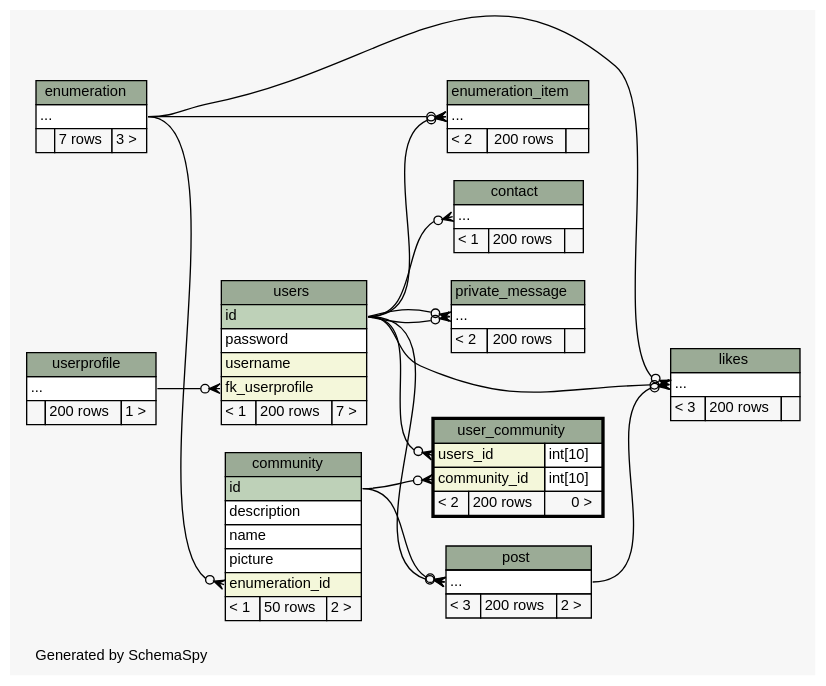
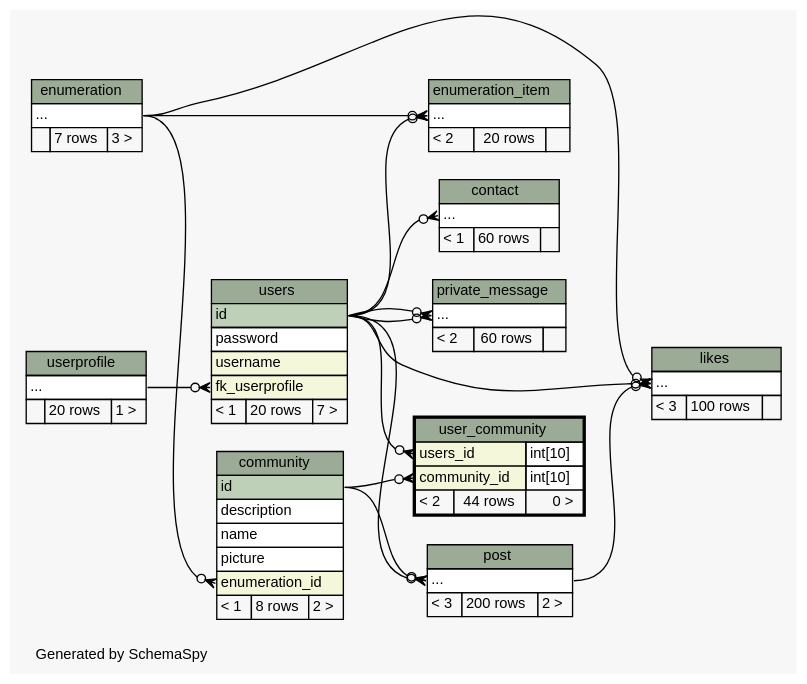
One commit to chr-krenn/chr-krenn-fhj-ws2017-sd17-pse changed the diagram in doc/db_schema/diagrams/user_community.2degrees.dot. Above: the diagram before and after it, drawn with Graphviz. The commit also changed 65 other files, not shown here.

```diff
--- a/doc/db_schema/diagrams/user_community.2degrees.dot
+++ b/doc/db_schema/diagrams/user_community.2degrees.dot
@@ -1,144 +1,144 @@
 // dot 2.40.1 on Linux 4.12.5-300.fc26.x86_64
 // SchemaSpy rev 590
 digraph "twoDegreesRelationshipsDiagram" {
   graph [
     rankdir="RL"
     bgcolor="#f7f7f7"
     label="\nGenerated by SchemaSpy"
     labeljust="l"
     nodesep="0.18"
     ranksep="0.46"
     fontname="Helvetica"
     fontsize="11"
   ];
   node [
     fontname="Helvetica"
     fontsize="11"
     shape="plaintext"
   ];
   edge [
     arrowsize="0.8"
   ];
   "community":"enumeration_id":w -> "enumeration":"elipses":e [arrowhead=none dir=back arrowtail=crowodot];
   "contact":"elipses":w -> "users":"id":e [arrowhead=none dir=back arrowtail=crowodot];
   "enumeration_item":"elipses":w -> "enumeration":"elipses":e [arrowhead=none dir=back arrowtail=crowodot];
   "enumeration_item":"elipses":w -> "users":"id":e [arrowhead=none dir=back arrowtail=crowodot];
   "likes":"elipses":w -> "enumeration":"elipses":e [arrowhead=none dir=back arrowtail=crowodot];
   "likes":"elipses":w -> "post":"elipses":e [arrowhead=none dir=back arrowtail=crowodot];
   "likes":"elipses":w -> "users":"id":e [arrowhead=none dir=back arrowtail=crowodot];
   "post":"elipses":w -> "community":"id":e [arrowhead=none dir=back arrowtail=crowodot];
   "post":"elipses":w -> "users":"id":e [arrowhead=none dir=back arrowtail=crowodot];
   "private_message":"elipses":w -> "users":"id":e [arrowhead=none dir=back arrowtail=crowodot];
   "private_message":"elipses":w -> "users":"id":e [arrowhead=none dir=back arrowtail=crowodot];
   "user_community":"community_id":w -> "community":"id":e [arrowhead=none dir=back arrowtail=crowodot];
   "user_community":"users_id":w -> "users":"id":e [arrowhead=none dir=back arrowtail=crowodot];
   "users":"fk_userprofile":w -> "userprofile":"elipses":e [arrowhead=none dir=back arrowtail=crowodot];
   "community" [
     label=<
     <TABLE BORDER="0" CELLBORDER="1" CELLSPACING="0" BGCOLOR="#ffffff">
       <TR><TD COLSPAN="3" BGCOLOR="#9bab96" ALIGN="CENTER">community</TD></TR>
       <TR><TD PORT="id" COLSPAN="3" BGCOLOR="#bed1b8" ALIGN="LEFT">id</TD></TR>
       <TR><TD PORT="description" COLSPAN="3" ALIGN="LEFT">description</TD></TR>
       <TR><TD PORT="name" COLSPAN="3" ALIGN="LEFT">name</TD></TR>
       <TR><TD PORT="picture" COLSPAN="3" ALIGN="LEFT">picture</TD></TR>
       <TR><TD PORT="enumeration_id" COLSPAN="3" BGCOLOR="#f4f7da" ALIGN="LEFT">enumeration_id</TD></TR>
-      <TR><TD ALIGN="LEFT" BGCOLOR="#f7f7f7">&lt; 1</TD><TD ALIGN="RIGHT" BGCOLOR="#f7f7f7">50 rows</TD><TD ALIGN="RIGHT" BGCOLOR="#f7f7f7">2 &gt;</TD></TR>
+      <TR><TD ALIGN="LEFT" BGCOLOR="#f7f7f7">&lt; 1</TD><TD ALIGN="RIGHT" BGCOLOR="#f7f7f7">8 rows</TD><TD ALIGN="RIGHT" BGCOLOR="#f7f7f7">2 &gt;</TD></TR>
     </TABLE>>
     URL="community.html"
     tooltip="community"
   ];
   "contact" [
     label=<
     <TABLE BORDER="0" CELLBORDER="1" CELLSPACING="0" BGCOLOR="#ffffff">
       <TR><TD COLSPAN="3" BGCOLOR="#9bab96" ALIGN="CENTER">contact</TD></TR>
       <TR><TD PORT="elipses" COLSPAN="3" ALIGN="LEFT">...</TD></TR>
-      <TR><TD ALIGN="LEFT" BGCOLOR="#f7f7f7">&lt; 1</TD><TD ALIGN="RIGHT" BGCOLOR="#f7f7f7">200 rows</TD><TD ALIGN="RIGHT" BGCOLOR="#f7f7f7">  </TD></TR>
+      <TR><TD ALIGN="LEFT" BGCOLOR="#f7f7f7">&lt; 1</TD><TD ALIGN="RIGHT" BGCOLOR="#f7f7f7">60 rows</TD><TD ALIGN="RIGHT" BGCOLOR="#f7f7f7">  </TD></TR>
     </TABLE>>
     URL="contact.html"
     tooltip="contact"
   ];
   "enumeration" [
     label=<
     <TABLE BORDER="0" CELLBORDER="1" CELLSPACING="0" BGCOLOR="#ffffff">
       <TR><TD COLSPAN="3" BGCOLOR="#9bab96" ALIGN="CENTER">enumeration</TD></TR>
       <TR><TD PORT="elipses" COLSPAN="3" ALIGN="LEFT">...</TD></TR>
       <TR><TD ALIGN="LEFT" BGCOLOR="#f7f7f7">  </TD><TD ALIGN="RIGHT" BGCOLOR="#f7f7f7">7 rows</TD><TD ALIGN="RIGHT" BGCOLOR="#f7f7f7">3 &gt;</TD></TR>
     </TABLE>>
     URL="enumeration.html"
     tooltip="enumeration"
   ];
   "enumeration_item" [
     label=<
     <TABLE BORDER="0" CELLBORDER="1" CELLSPACING="0" BGCOLOR="#ffffff">
       <TR><TD COLSPAN="3" BGCOLOR="#9bab96" ALIGN="CENTER">enumeration_item</TD></TR>
       <TR><TD PORT="elipses" COLSPAN="3" ALIGN="LEFT">...</TD></TR>
-      <TR><TD ALIGN="LEFT" BGCOLOR="#f7f7f7">&lt; 2</TD><TD ALIGN="RIGHT" BGCOLOR="#f7f7f7">200 rows</TD><TD ALIGN="RIGHT" BGCOLOR="#f7f7f7">  </TD></TR>
+      <TR><TD ALIGN="LEFT" BGCOLOR="#f7f7f7">&lt; 2</TD><TD ALIGN="RIGHT" BGCOLOR="#f7f7f7">20 rows</TD><TD ALIGN="RIGHT" BGCOLOR="#f7f7f7">  </TD></TR>
     </TABLE>>
     URL="enumeration_item.html"
     tooltip="enumeration_item"
   ];
   "likes" [
     label=<
     <TABLE BORDER="0" CELLBORDER="1" CELLSPACING="0" BGCOLOR="#ffffff">
       <TR><TD COLSPAN="3" BGCOLOR="#9bab96" ALIGN="CENTER">likes</TD></TR>
       <TR><TD PORT="elipses" COLSPAN="3" ALIGN="LEFT">...</TD></TR>
-      <TR><TD ALIGN="LEFT" BGCOLOR="#f7f7f7">&lt; 3</TD><TD ALIGN="RIGHT" BGCOLOR="#f7f7f7">200 rows</TD><TD ALIGN="RIGHT" BGCOLOR="#f7f7f7">  </TD></TR>
+      <TR><TD ALIGN="LEFT" BGCOLOR="#f7f7f7">&lt; 3</TD><TD ALIGN="RIGHT" BGCOLOR="#f7f7f7">100 rows</TD><TD ALIGN="RIGHT" BGCOLOR="#f7f7f7">  </TD></TR>
     </TABLE>>
     URL="likes.html"
     tooltip="likes"
   ];
   "post" [
     label=<
     <TABLE BORDER="0" CELLBORDER="1" CELLSPACING="0" BGCOLOR="#ffffff">
       <TR><TD COLSPAN="3" BGCOLOR="#9bab96" ALIGN="CENTER">post</TD></TR>
       <TR><TD PORT="elipses" COLSPAN="3" ALIGN="LEFT">...</TD></TR>
       <TR><TD ALIGN="LEFT" BGCOLOR="#f7f7f7">&lt; 3</TD><TD ALIGN="RIGHT" BGCOLOR="#f7f7f7">200 rows</TD><TD ALIGN="RIGHT" BGCOLOR="#f7f7f7">2 &gt;</TD></TR>
     </TABLE>>
     URL="post.html"
     tooltip="post"
   ];
   "private_message" [
     label=<
     <TABLE BORDER="0" CELLBORDER="1" CELLSPACING="0" BGCOLOR="#ffffff">
       <TR><TD COLSPAN="3" BGCOLOR="#9bab96" ALIGN="CENTER">private_message</TD></TR>
       <TR><TD PORT="elipses" COLSPAN="3" ALIGN="LEFT">...</TD></TR>
-      <TR><TD ALIGN="LEFT" BGCOLOR="#f7f7f7">&lt; 2</TD><TD ALIGN="RIGHT" BGCOLOR="#f7f7f7">200 rows</TD><TD ALIGN="RIGHT" BGCOLOR="#f7f7f7">  </TD></TR>
+      <TR><TD ALIGN="LEFT" BGCOLOR="#f7f7f7">&lt; 2</TD><TD ALIGN="RIGHT" BGCOLOR="#f7f7f7">60 rows</TD><TD ALIGN="RIGHT" BGCOLOR="#f7f7f7">  </TD></TR>
     </TABLE>>
     URL="private_message.html"
     tooltip="private_message"
   ];
   "user_community" [
     label=<
     <TABLE BORDER="2" CELLBORDER="1" CELLSPACING="0" BGCOLOR="#ffffff">
       <TR><TD COLSPAN="3" BGCOLOR="#9bab96" ALIGN="CENTER">user_community</TD></TR>
       <TR><TD PORT="users_id" COLSPAN="2" BGCOLOR="#f4f7da" ALIGN="LEFT">users_id</TD><TD PORT="users_id.type" ALIGN="LEFT">int[10]</TD></TR>
       <TR><TD PORT="community_id" COLSPAN="2" BGCOLOR="#f4f7da" ALIGN="LEFT">community_id</TD><TD PORT="community_id.type" ALIGN="LEFT">int[10]</TD></TR>
-      <TR><TD ALIGN="LEFT" BGCOLOR="#f7f7f7">&lt; 2</TD><TD ALIGN="RIGHT" BGCOLOR="#f7f7f7">200 rows</TD><TD ALIGN="RIGHT" BGCOLOR="#f7f7f7">0 &gt;</TD></TR>
+      <TR><TD ALIGN="LEFT" BGCOLOR="#f7f7f7">&lt; 2</TD><TD ALIGN="RIGHT" BGCOLOR="#f7f7f7">44 rows</TD><TD ALIGN="RIGHT" BGCOLOR="#f7f7f7">0 &gt;</TD></TR>
     </TABLE>>
     URL="user_community.html"
     tooltip="user_community"
   ];
   "userprofile" [
     label=<
     <TABLE BORDER="0" CELLBORDER="1" CELLSPACING="0" BGCOLOR="#ffffff">
       <TR><TD COLSPAN="3" BGCOLOR="#9bab96" ALIGN="CENTER">userprofile</TD></TR>
       <TR><TD PORT="elipses" COLSPAN="3" ALIGN="LEFT">...</TD></TR>
-      <TR><TD ALIGN="LEFT" BGCOLOR="#f7f7f7">  </TD><TD ALIGN="RIGHT" BGCOLOR="#f7f7f7">200 rows</TD><TD ALIGN="RIGHT" BGCOLOR="#f7f7f7">1 &gt;</TD></TR>
+      <TR><TD ALIGN="LEFT" BGCOLOR="#f7f7f7">  </TD><TD ALIGN="RIGHT" BGCOLOR="#f7f7f7">20 rows</TD><TD ALIGN="RIGHT" BGCOLOR="#f7f7f7">1 &gt;</TD></TR>
     </TABLE>>
     URL="userprofile.html"
     tooltip="userprofile"
   ];
   "users" [
     label=<
     <TABLE BORDER="0" CELLBORDER="1" CELLSPACING="0" BGCOLOR="#ffffff">
       <TR><TD COLSPAN="3" BGCOLOR="#9bab96" ALIGN="CENTER">users</TD></TR>
       <TR><TD PORT="id" COLSPAN="3" BGCOLOR="#bed1b8" ALIGN="LEFT">id</TD></TR>
       <TR><TD PORT="password" COLSPAN="3" ALIGN="LEFT">password</TD></TR>
       <TR><TD PORT="username" COLSPAN="3" BGCOLOR="#f4f7da" ALIGN="LEFT">username</TD></TR>
       <TR><TD PORT="fk_userprofile" COLSPAN="3" BGCOLOR="#f4f7da" ALIGN="LEFT">fk_userprofile</TD></TR>
-      <TR><TD ALIGN="LEFT" BGCOLOR="#f7f7f7">&lt; 1</TD><TD ALIGN="RIGHT" BGCOLOR="#f7f7f7">200 rows</TD><TD ALIGN="RIGHT" BGCOLOR="#f7f7f7">7 &gt;</TD></TR>
+      <TR><TD ALIGN="LEFT" BGCOLOR="#f7f7f7">&lt; 1</TD><TD ALIGN="RIGHT" BGCOLOR="#f7f7f7">20 rows</TD><TD ALIGN="RIGHT" BGCOLOR="#f7f7f7">7 &gt;</TD></TR>
     </TABLE>>
     URL="users.html"
     tooltip="users"
   ];
 }
```
